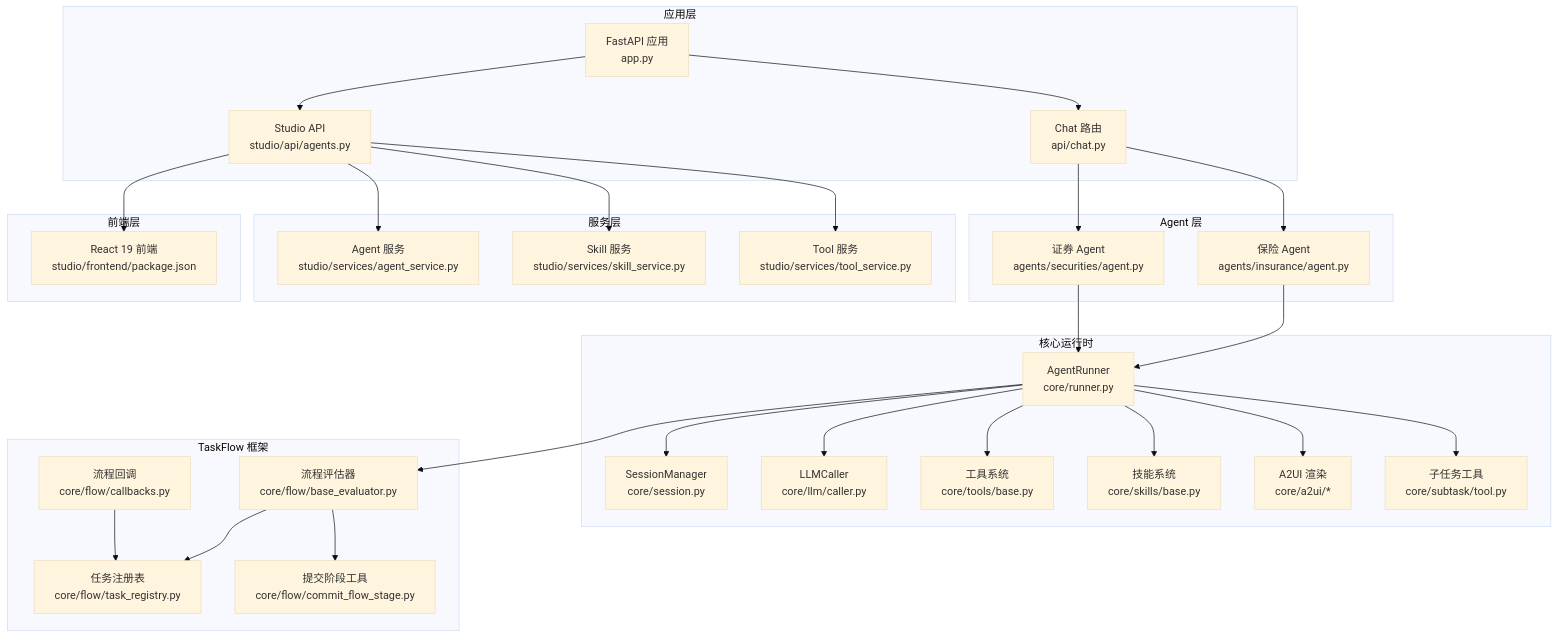
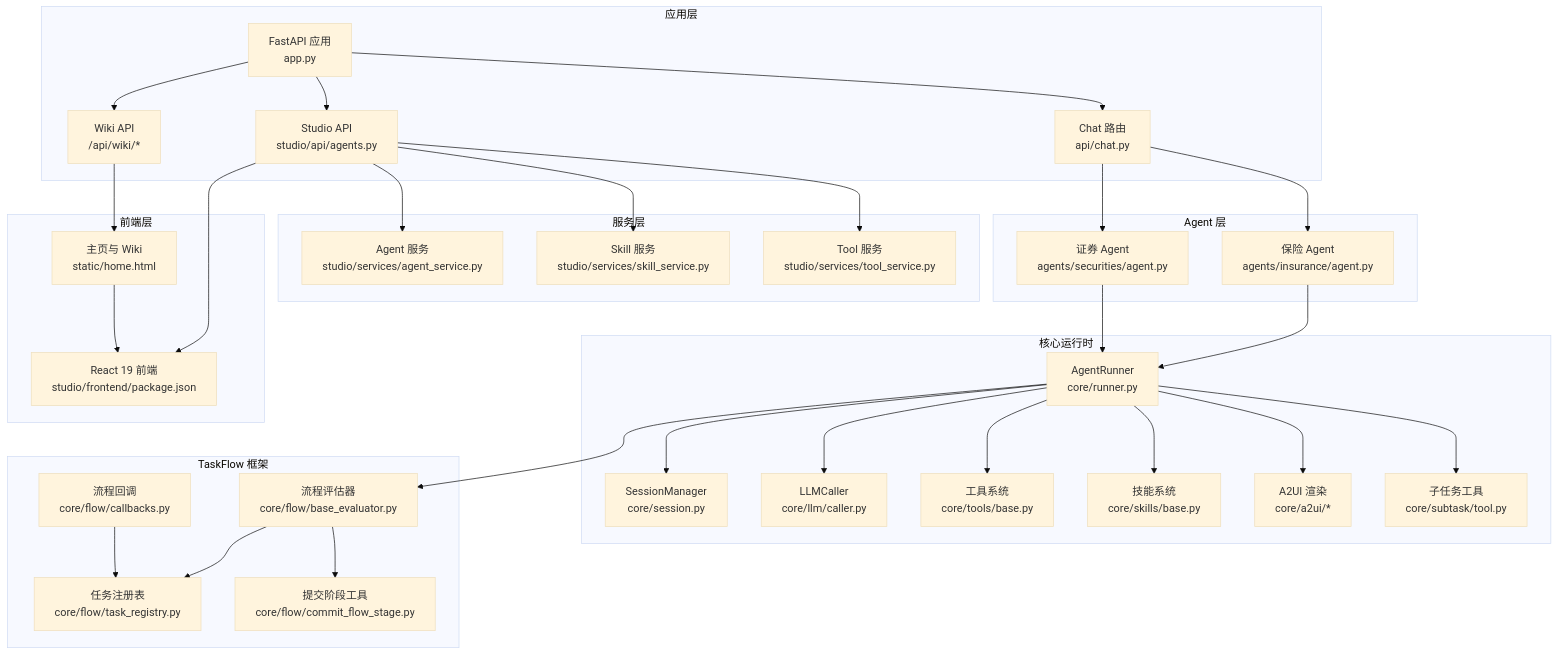
The first of 17 diagrams in repowiki/zh/content/架构设计/架构设计.md (YU-JI-KUI/ark-agentic), drawn with Mermaid (base theme) before and after one commit. The commit also changed other lines of this file and 10 other files, not shown here.

````diff
--- a/repowiki/zh/content/架构设计/架构设计.md
+++ b/repowiki/zh/content/架构设计/架构设计.md
@@ -89,55 +94,60 @@
 ```mermaid
 graph TB
 subgraph "应用层"
 APP["FastAPI 应用<br/>app.py"]
 CHAT["Chat 路由<br/>api/chat.py"]
 STUDIO["Studio API<br/>studio/api/agents.py"]
+WIKI["Wiki API<br/>/api/wiki/*"]
 end
 subgraph "Agent 层"
 INS["保险 Agent<br/>agents/insurance/agent.py"]
 SEC["证券 Agent<br/>agents/securities/agent.py"]
 end
 subgraph "核心运行时"
 RUNNER["AgentRunner<br/>core/runner.py"]
 SESSION["SessionManager<br/>core/session.py"]
 LLM["LLMCaller<br/>core/llm/caller.py"]
 TOOLS["工具系统<br/>core/tools/base.py"]
 SKILLS["技能系统<br/>core/skills/base.py"]
 A2UI["A2UI 渲染<br/>core/a2ui/*"]
 SUBTASK["子任务工具<br/>core/subtask/tool.py"]
 end
 subgraph "TaskFlow 框架"
 FLOW_EVAL["流程评估器<br/>core/flow/base_evaluator.py"]
 TASK_REG["任务注册表<br/>core/flow/task_registry.py"]
 COMMIT_STAGE["提交阶段工具<br/>core/flow/commit_flow_stage.py"]
 FLOW_CB["流程回调<br/>core/flow/callbacks.py"]
 end
 subgraph "服务层"
 AGENT_SVC["Agent 服务<br/>studio/services/agent_service.py"]
 SKILL_SVC["Skill 服务<br/>studio/services/skill_service.py"]
 TOOL_SVC["Tool 服务<br/>studio/services/tool_service.py"]
 end
 subgraph "前端层"
 REACT["React 19 前端<br/>studio/frontend/package.json"]
+HOME["主页与 Wiki<br/>static/home.html"]
 end
 APP --> CHAT
 APP --> STUDIO
+APP --> WIKI
 CHAT --> INS
 CHAT --> SEC
 INS --> RUNNER
 SEC --> RUNNER
 RUNNER --> SESSION
 RUNNER --> LLM
 RUNNER --> TOOLS
 RUNNER --> SKILLS
 RUNNER --> A2UI
 RUNNER --> SUBTASK
 RUNNER --> FLOW_EVAL
 FLOW_EVAL --> TASK_REG
 FLOW_EVAL --> COMMIT_STAGE
 FLOW_CB --> TASK_REG
 STUDIO --> AGENT_SVC
 STUDIO --> SKILL_SVC
 STUDIO --> TOOL_SVC
 STUDIO --> REACT
+WIKI --> HOME
+HOME --> REACT
 ```
````
